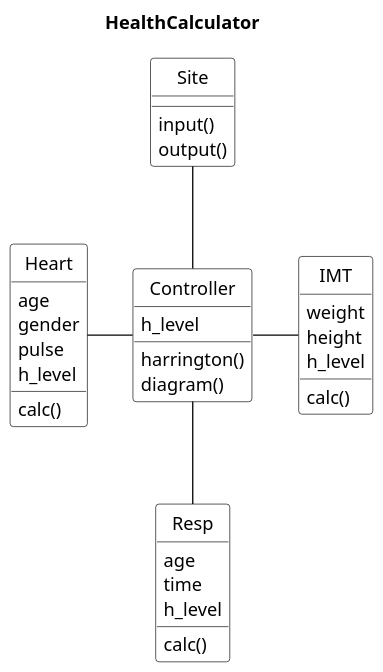
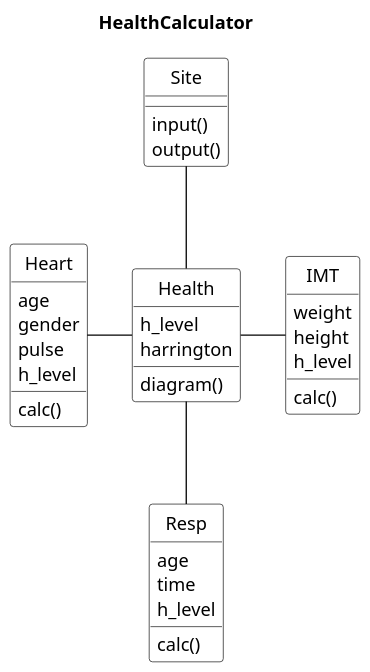
Before and after one commit to MattPopov/HealthCalculatorBranch: the diagram in UML_modules.puml, drawn with PlantUML. The commit also changed 1 other file, not shown here.

Commit message:
controller to health

```diff
--- a/UML_modules.puml
+++ b/UML_modules.puml
@@ -1,59 +1,58 @@
 @startuml
 title   HealthCalculator
 
 
 skinparam class {
 BackgroundColor White
 ArrowColor Black
 BorderColor Black
 }
 skinparam object {
 BackgroundColor White
 ArrowColor Black
 BorderColor Black
 }
 scale 1.3
 skinparam DefaultTextAlignment left
 skinparam shadowing false
 skinparam packageStyle frame
 hide circle
 'hide members
 'skinparam monochrome true
 'note " lots in deal" as spread
 'package Storage {
 class Heart{
 age
 gender
 pulse
 h_level
 calc()
 }
 class Resp{
 age
 time
 h_level
 calc()
 }
 class IMT{
 weight
 height
 h_level
 calc()
 }
-class Controller{
-'input
-'output
+class Health{
 h_level
-harrington()
+harrington
+
 diagram()
 }
 class Site{
 input()
 output()
 }
-Controller -l- Heart
-Controller - IMT
-Controller -u- Site
-Controller --  Resp
+Health -l- Heart
+Health - IMT
+Health -u- Site
+Health --  Resp
 'Mean_deal --|> Deal
 @enduml
```
